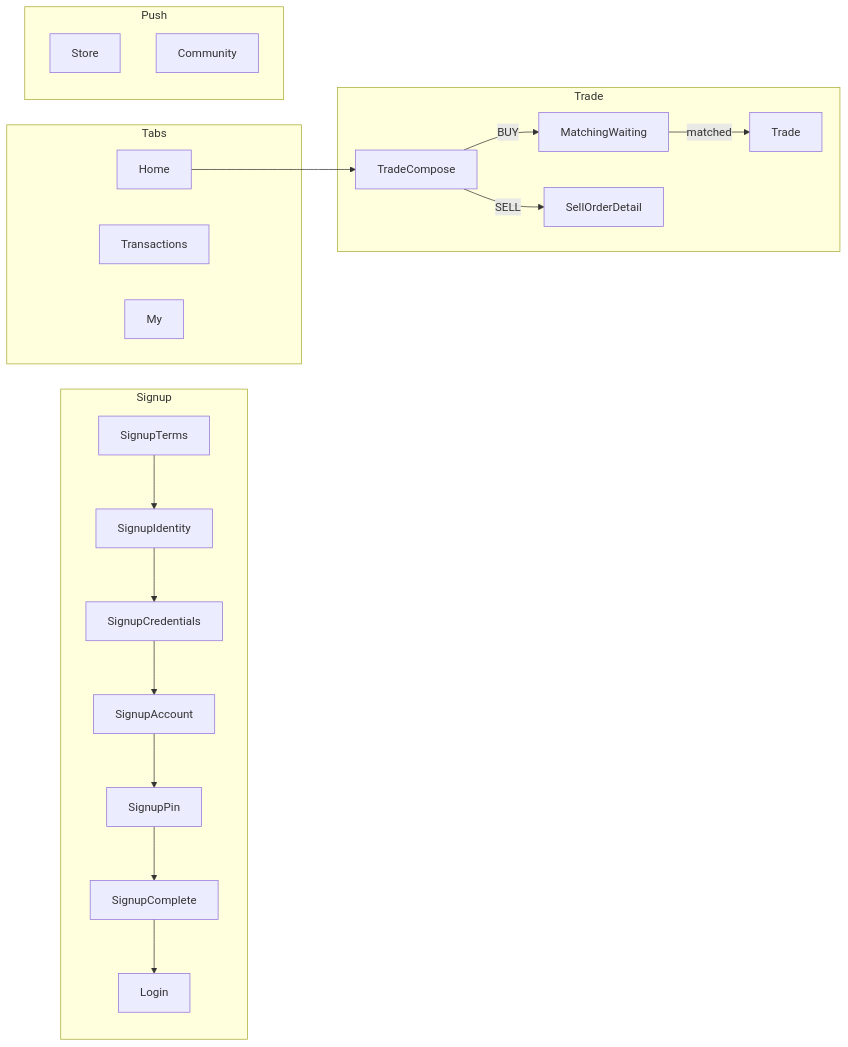
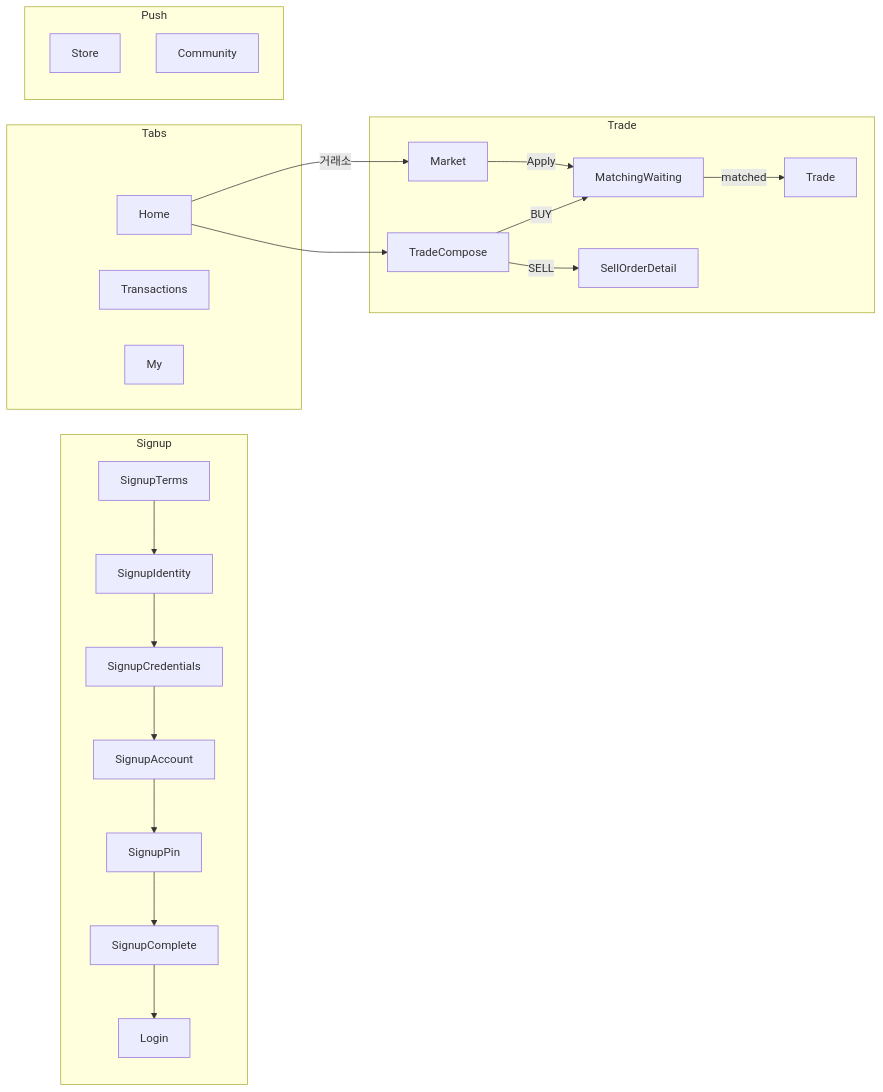
The first of 2 diagrams in docs/stackflow/README.md (mslee98/brit-front), drawn with Mermaid before and after one commit. The commit also changed other lines of this file and 5 other files, not shown here.

````diff
--- a/docs/stackflow/README.md
+++ b/docs/stackflow/README.md
@@ -12,32 +12,35 @@
 ```mermaid
 flowchart LR
   subgraph signup [Signup]
     Terms[SignupTerms]
     Identity[SignupIdentity]
     Credentials[SignupCredentials]
     Account[SignupAccount]
     Pin[SignupPin]
     Complete[SignupComplete]
     Login[Login]
     Terms --> Identity --> Credentials --> Account --> Pin --> Complete --> Login
   end
   subgraph tabs [Tabs]
     Home[Home]
     Txn[Transactions]
     My[My]
   end
   subgraph tradeFlow [Trade]
     Compose[TradeCompose]
+    Market[Market]
     Waiting[MatchingWaiting]
     Sell[SellOrderDetail]
     Trade[Trade]
     Home --> Compose
+    Home -->|"거래소"| Market
     Compose -->|"BUY"| Waiting
     Compose -->|"SELL"| Sell
+    Market -->|"Apply"| Waiting
     Waiting -->|"matched"| Trade
   end
   subgraph pushOnly [Push]
     Store[Store]
     Community[Community]
   end
 ```
````
